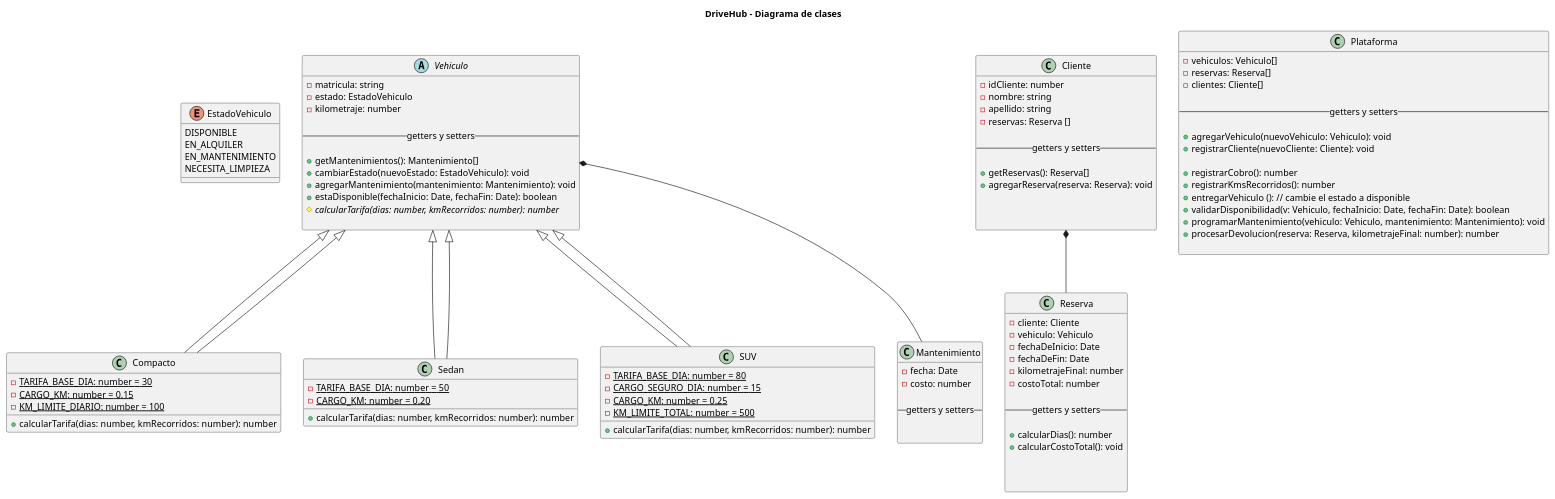
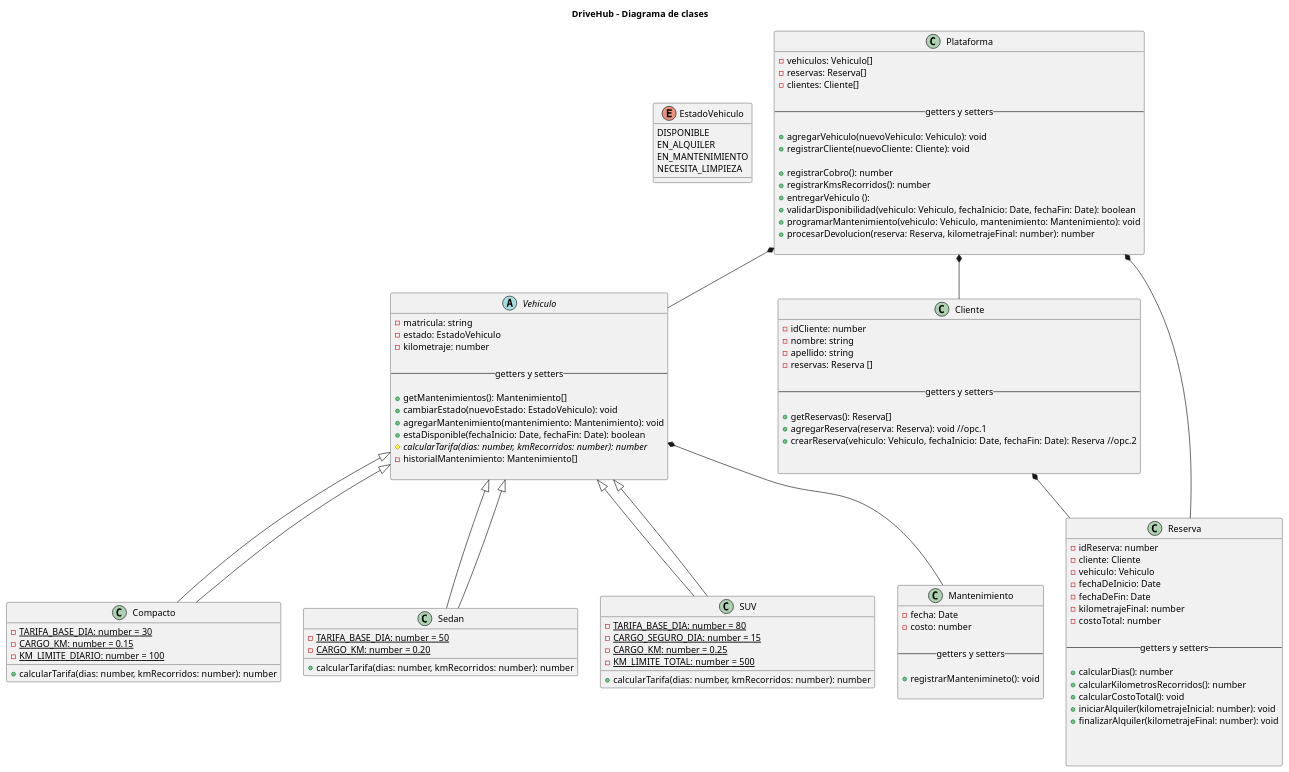
Before and after one commit to martingustavolopez/PROGRAMACION-II-CUVL: the diagram in diagramas/diagrama.puml, drawn with PlantUML. The commit also changed 7 other files, not shown here.

Commit message:
Creacion de clase Plataforma - actualizacion de relaciones en diagrama

```diff
--- a/diagramas/diagrama.puml
+++ b/diagramas/diagrama.puml
@@ -1,138 +1,151 @@
 @startuml
 
 title DriveHub - Diagrama de clases
 
 ' Enumeracion de estado vehiculo
 enum EstadoVehiculo {
     DISPONIBLE
     EN_ALQUILER
     EN_MANTENIMIENTO
     NECESITA_LIMPIEZA
 }
 
 abstract class Vehiculo {
     - matricula: string
     - estado: EstadoVehiculo
     - kilometraje: number
     
     -- getters y setters --
 
     + getMantenimientos(): Mantenimiento[]
     + cambiarEstado(nuevoEstado: EstadoVehiculo): void
     + agregarMantenimiento(mantenimiento: Mantenimiento): void
     + estaDisponible(fechaInicio: Date, fechaFin: Date): boolean
     # {abstract} calcularTarifa(dias: number, kmRecorridos: number): number
+    - historialMantenimiento: Mantenimiento[]
     
 }
 
 class Compacto extends Vehiculo {
     - {static} TARIFA_BASE_DIA: number = 30
     - {static} CARGO_KM: number = 0.15
     - {static} KM_LIMITE_DIARIO: number = 100 
 
     + calcularTarifa(dias: number, kmRecorridos: number): number        
 }
 
 class Sedan extends Vehiculo {
     - {static} TARIFA_BASE_DIA: number = 50
     - {static} CARGO_KM: number = 0.20
 
     + calcularTarifa(dias: number, kmRecorridos: number): number
 }
 
 
 class SUV extends Vehiculo {
     - {static} TARIFA_BASE_DIA: number = 80
     - {static} CARGO_SEGURO_DIA: number = 15
     - {static} CARGO_KM: number = 0.25
     - {static} KM_LIMITE_TOTAL: number = 500
 
     + calcularTarifa(dias: number, kmRecorridos: number): number
 }
 
 
 class Cliente {
     - idCliente: number
     - nombre: string
     - apellido: string
     - reservas: Reserva []
 
     -- getters y setters --
 
     + getReservas(): Reserva[]
-    + agregarReserva(reserva: Reserva): void
-
+    + agregarReserva(reserva: Reserva): void //opc.1
+    + crearReserva(vehiculo: Vehiculo, fechaInicio: Date, fechaFin: Date): Reserva //opc.2
 
 
 }
 
 class Reserva {
+    - idReserva: number
     - cliente: Cliente
     - vehiculo: Vehiculo
     - fechaDeInicio: Date
     - fechaDeFin: Date
     - kilometrajeFinal: number
     - costoTotal: number
 
     -- getters y setters --
 
     + calcularDias(): number
-'    + calcularKilometrosRecorridos(): number
+    + calcularKilometrosRecorridos(): number
     + calcularCostoTotal(): void
+    + iniciarAlquiler(kilometrajeInicial: number): void
+    + finalizarAlquiler(kilometrajeFinal: number): void
 
 
 
 }
 
 class Mantenimiento {
     - fecha: Date
     - costo: number
     
     -- getters y setters --
 
+    + registrarMantenimineto(): void
 
 }
 
 class Plataforma {
     - vehiculos: Vehiculo[]
     - reservas: Reserva[]
     - clientes: Cliente[]
 
     -- getters y setters --
 
     + agregarVehiculo(nuevoVehiculo: Vehiculo): void
     + registrarCliente(nuevoCliente: Cliente): void
 
     + registrarCobro(): number
     + registrarKmsRecorridos(): number
-    + entregarVehiculo (): // cambie el estado a disponible
-    + validarDisponibilidad(v: Vehiculo, fechaInicio: Date, fechaFin: Date): boolean
+    + entregarVehiculo ():
+    + validarDisponibilidad(vehiculo: Vehiculo, fechaInicio: Date, fechaFin: Date): boolean
     + programarMantenimiento(vehiculo: Vehiculo, mantenimiento: Mantenimiento): void
     + procesarDevolucion(reserva: Reserva, kilometrajeFinal: number): number
 
 }
 
 
 
 ' Relaciones de herencia
 Vehiculo <|-- Compacto
 Vehiculo <|-- Sedan
 Vehiculo <|-- SUV
 
 ' Relaciones de composición
 Vehiculo *-- Mantenimiento
 Cliente *-- Reserva
+Plataforma *-- Vehiculo
+Plataforma *-- Cliente
+Plataforma *-- Reserva
+
+' Relaciones de asociación
+
+' Relaciones de uso
+
 
 
 
 
 
 
 
 
 
 ' Notas
 
 
 
 @enduml
```
